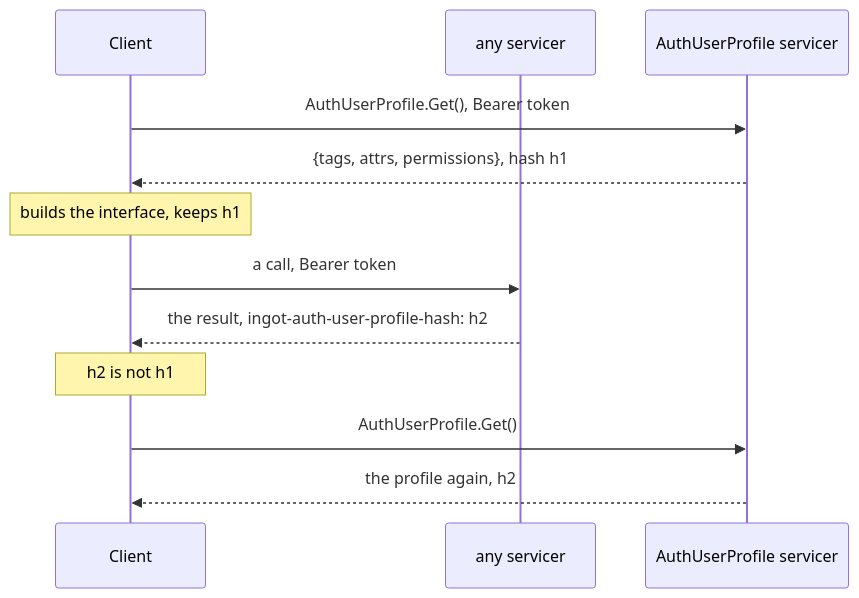
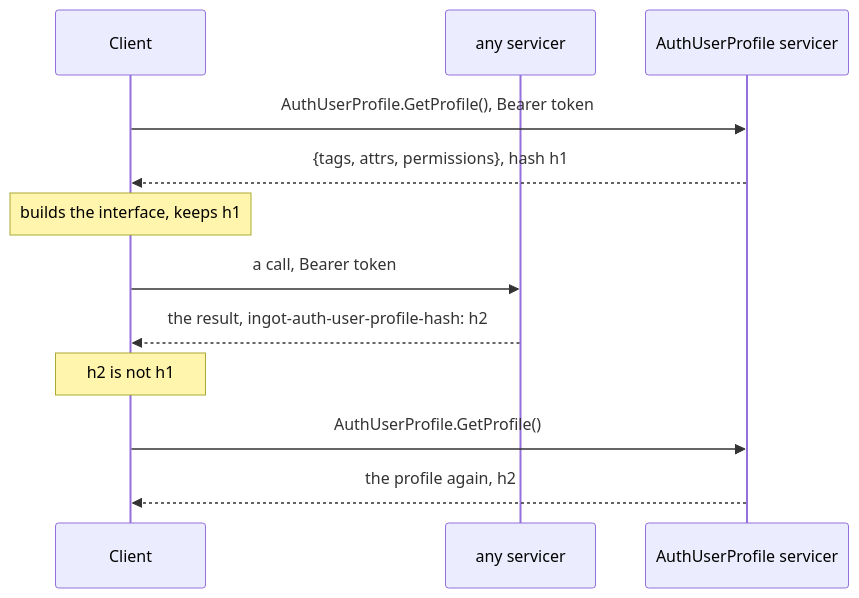
Before and after one commit to ak-ingots/ingots-libs: the diagram in docs/design/auth/profile.md, drawn with Mermaid. The commit also changed other lines of this file and 2 other files, not shown here.

````diff
--- a/docs/design/auth/profile.md
+++ b/docs/design/auth/profile.md
@@ -32,14 +32,14 @@
 ```mermaid
 sequenceDiagram
     participant Client
     participant Server as any servicer
     participant Profile as AuthUserProfile servicer
-    Client->>Profile: AuthUserProfile.Get(), Bearer token
+    Client->>Profile: AuthUserProfile.GetProfile(), Bearer token
     Profile-->>Client: {tags, attrs, permissions}, hash h1
     Note over Client: builds the interface, keeps h1
     Client->>Server: a call, Bearer token
     Server-->>Client: the result, ingot-auth-user-profile-hash: h2
     Note over Client: h2 is not h1
-    Client->>Profile: AuthUserProfile.Get()
+    Client->>Profile: AuthUserProfile.GetProfile()
     Profile-->>Client: the profile again, h2
 ```
````
